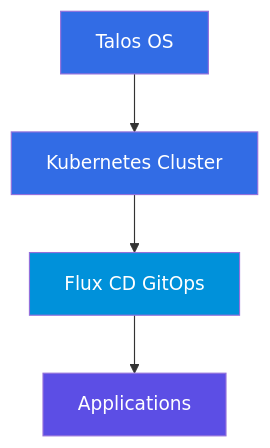
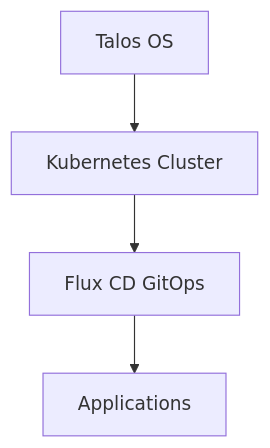
One commit to tscibilia/home-ops changed the diagram in docs/index.md. Above: the diagram before and after it, drawn with Mermaid. The commit also changed 9 other files, not shown here.

````diff
--- a/docs/index.md
+++ b/docs/index.md
@@ -53,11 +53,6 @@
 ```mermaid
 graph TB
     A[Talos OS] --> B[Kubernetes Cluster]
     B --> C[Flux CD GitOps]
     C --> D[Applications]
-
-    style A fill:#326ce5,color:#fff
-    style B fill:#326ce5,color:#fff
-    style C fill:#0091da,color:#fff
-    style D fill:#5c4ee5,color:#fff
 ```
````
